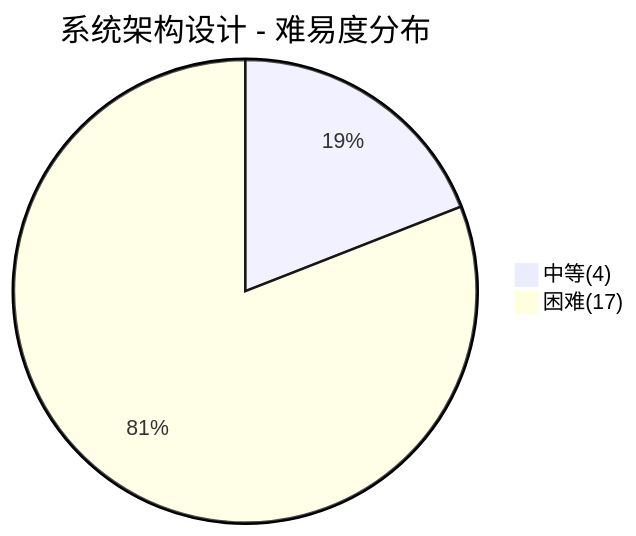
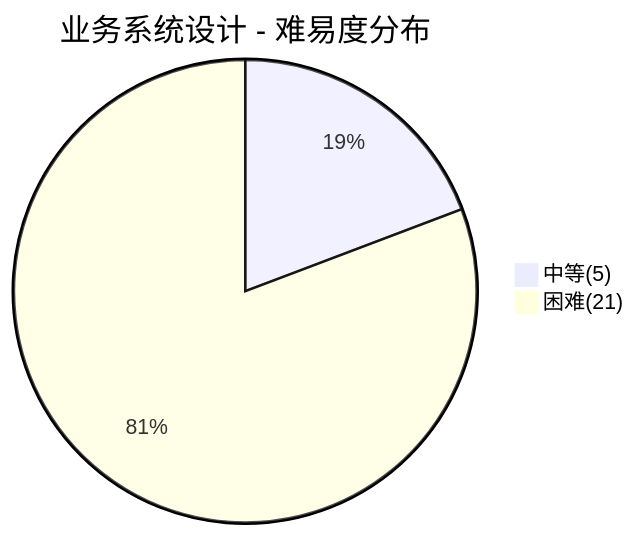
The third of 6 diagrams in docs/99.面试/设计面试.md (dunwu/waterdrop), drawn with Mermaid before and after one commit. The commit also changed other lines of this file and 73 other files, not shown here.

````diff
--- a/docs/99.面试/设计面试.md
+++ b/docs/99.面试/设计面试.md
@@ -151,5 +151,5 @@
 ```mermaid
-pie title 系统架构设计 - 难易度分布
-    "中等(4)" : 4
-    "困难(17)" : 17
+pie title 业务系统设计 - 难易度分布
+    "中等(5)" : 5
+    "困难(21)" : 21
 ```
````
